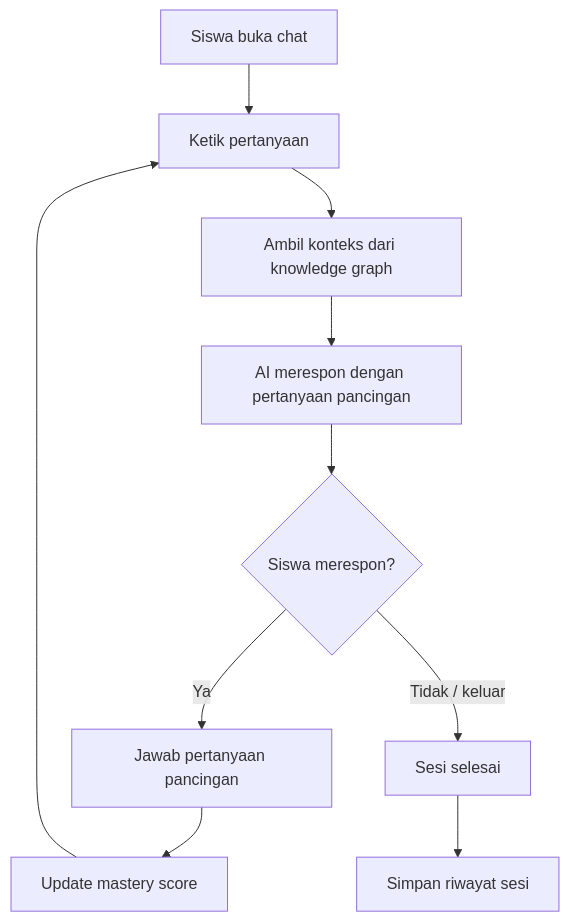
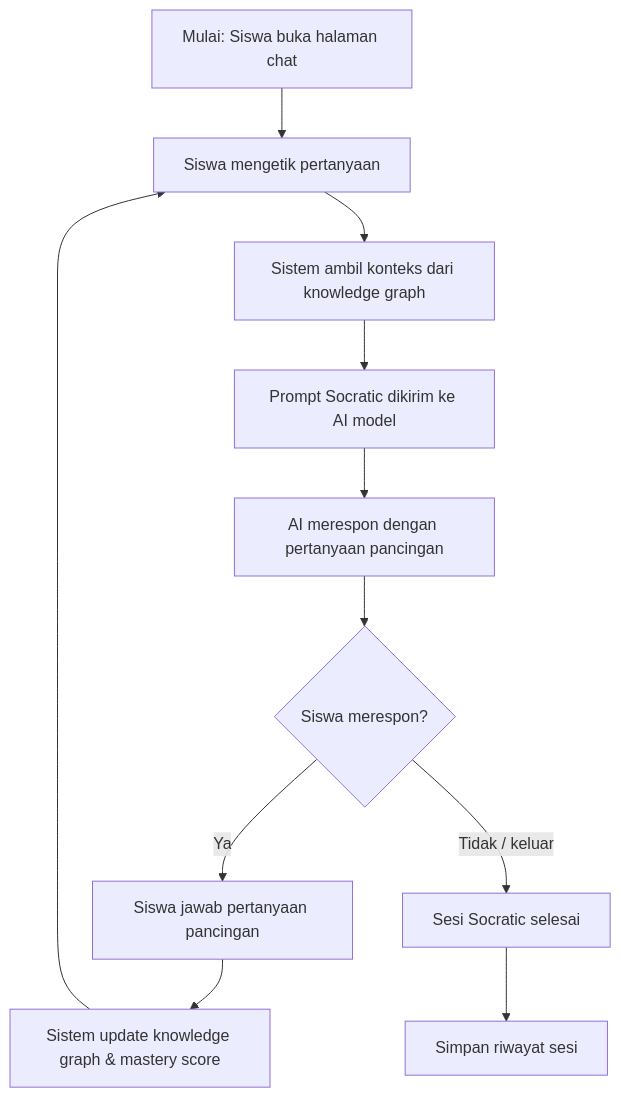
Before and after one commit to KyyTzy09/Pekan-IT-Spark-AI: the diagram in proposal/diagrams/activity-socratic-tutor.md, drawn with Mermaid. The commit also changed 6 other files, not shown here.

Commit message:
docs: update proposal diagrams with consistent sizing

````diff
--- a/proposal/diagrams/activity-socratic-tutor.md
+++ b/proposal/diagrams/activity-socratic-tutor.md
@@ -1,14 +1,15 @@
 ```mermaid
 flowchart TD
-    A[Siswa buka chat] --> B[Ketik pertanyaan]
-    B --> C[Ambil konteks dari knowledge graph]
-    C --> D[AI merespon dengan pertanyaan pancingan]
+    A[Mulai: Siswa buka halaman chat] --> B[Siswa mengetik pertanyaan]
+    B --> C[Sistem ambil konteks dari knowledge graph]
+    C --> D[Prompt Socratic dikirim ke AI model]
+    D --> E[AI merespon dengan pertanyaan pancingan]
 
-    D --> E{Siswa merespon?}
-    E -->|Ya| F[Jawab pertanyaan pancingan]
-    F --> G[Update mastery score]
-    G --> B
+    E --> F{Siswa merespon?}
+    F -->|Ya| G[Siswa jawab pertanyaan pancingan]
+    G --> H[Sistem update knowledge graph & mastery score]
+    H --> B
 
-    E -->|Tidak / keluar| H[Sesi selesai]
-    H --> I[Simpan riwayat sesi]
+    F -->|Tidak / keluar| I[Sesi Socratic selesai]
+    I --> J[Simpan riwayat sesi]
 ```
````
